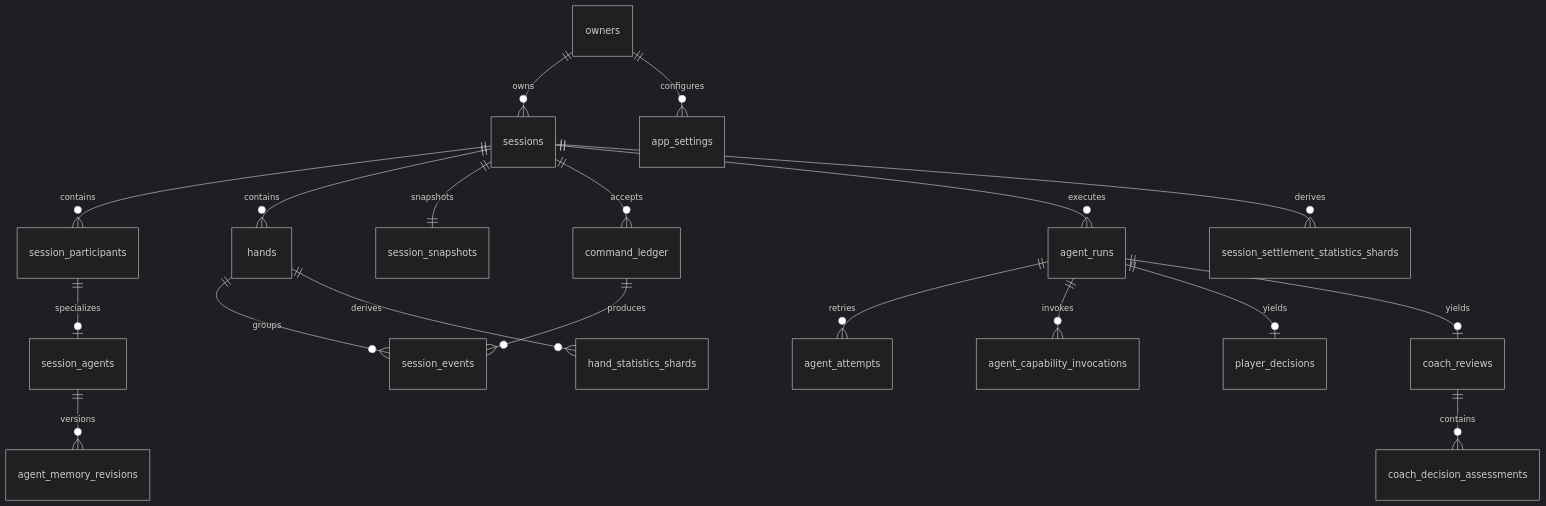
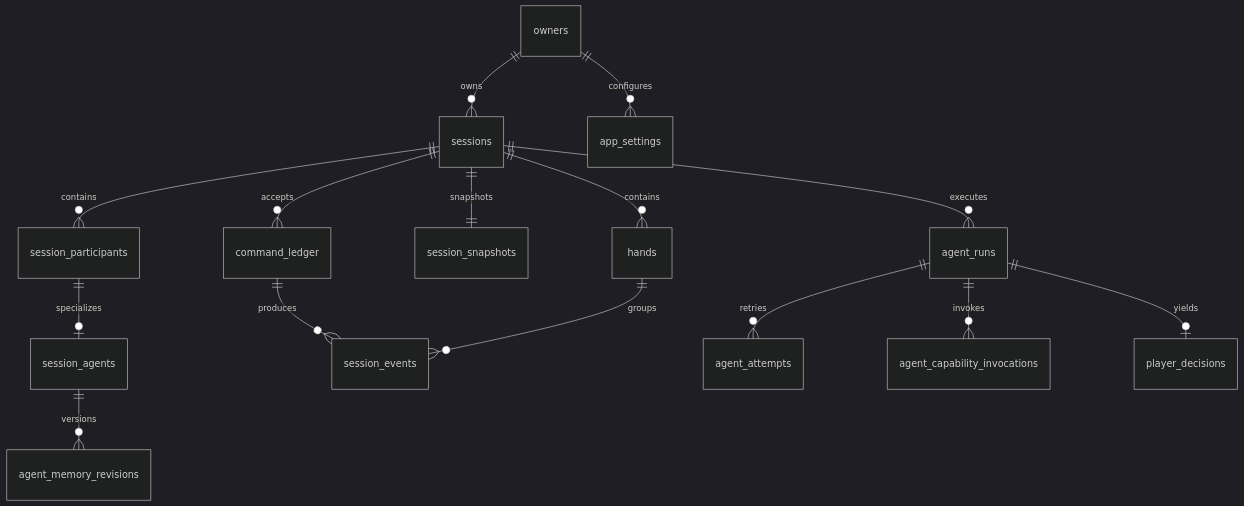
Before and after one commit to PANYUXIN6/TX-holdem-coach: the diagram in docs/m2-2-schema-data-dictionary.md, drawn with Mermaid (dark theme). The commit also changed other lines of this file and 125 other files, not shown here.

````diff
--- a/docs/m2-2-schema-data-dictionary.md
+++ b/docs/m2-2-schema-data-dictionary.md
@@ -50,21 +50,17 @@
 ```mermaid
 erDiagram
   owners ||--o{ sessions : owns
   owners ||--o{ app_settings : configures
   sessions ||--o{ session_participants : contains
   session_participants ||--o| session_agents : specializes
   session_agents ||--o{ agent_memory_revisions : versions
   sessions ||--o{ hands : contains
   sessions ||--|| session_snapshots : snapshots
   sessions ||--o{ command_ledger : accepts
   command_ledger ||--o{ session_events : produces
   hands ||--o{ session_events : groups
   sessions ||--o{ agent_runs : executes
   agent_runs ||--o{ agent_attempts : retries
   agent_runs ||--o{ agent_capability_invocations : invokes
   agent_runs ||--o| player_decisions : yields
-  agent_runs ||--o| coach_reviews : yields
-  coach_reviews ||--o{ coach_decision_assessments : contains
-  hands ||--o{ hand_statistics_shards : derives
-  sessions ||--o{ session_settlement_statistics_shards : derives
 ```
````
